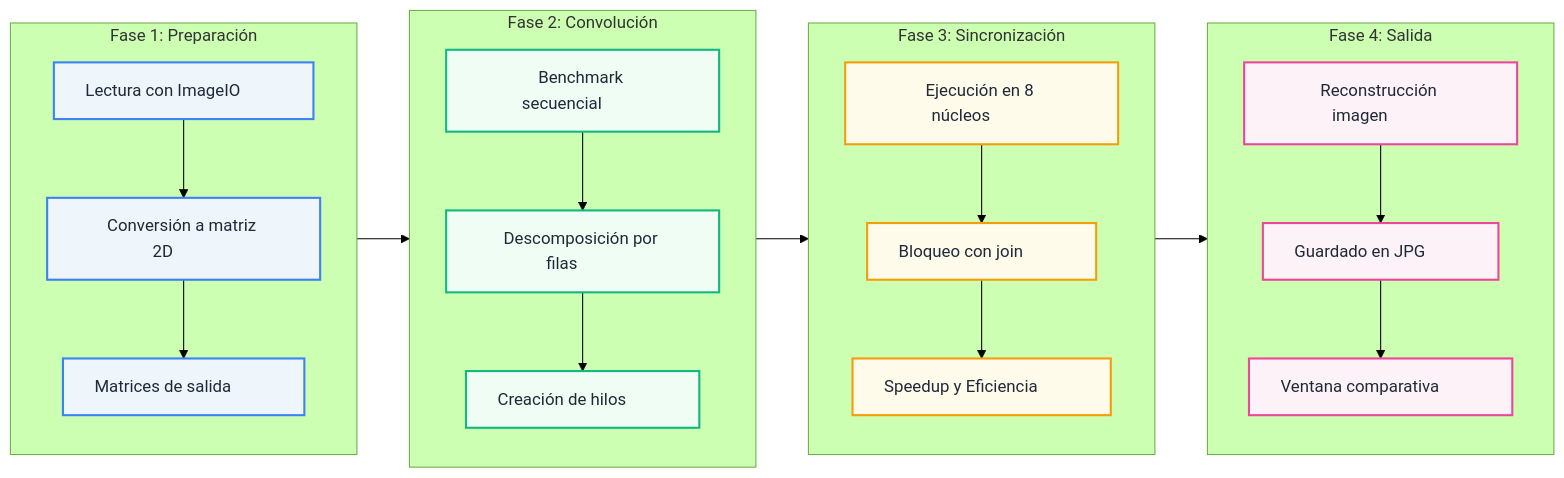
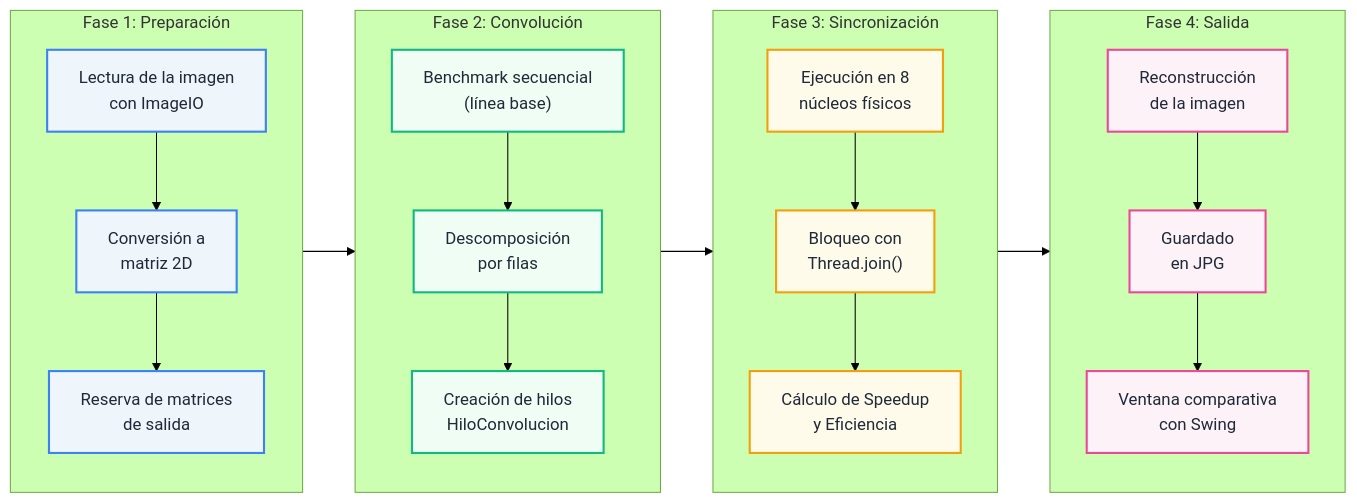
One commit to elsebasdev1/image_convolution_parallel_processing changed the diagram in README.md. Above: the diagram before and after it, drawn with Mermaid (forest theme).

````diff
--- a/README.md
+++ b/README.md
@@ -23,46 +23,58 @@
 ```mermaid
 graph LR
     subgraph F1["Fase 1: Preparación"]
         direction TB
-        A1["Lectura con ImageIO&nbsp;&nbsp;&nbsp;&nbsp;&nbsp;&nbsp;&nbsp;&nbsp;&nbsp;&nbsp;"]
-        A2["Conversión a matriz 2D&nbsp;&nbsp;&nbsp;&nbsp;&nbsp;&nbsp;&nbsp;&nbsp;&nbsp;&nbsp;"]
-        A3["Matrices de salida&nbsp;&nbsp;&nbsp;&nbsp;&nbsp;&nbsp;&nbsp;&nbsp;&nbsp;&nbsp;"]
+        A1["`Lectura de la imagen
+        con ImageIO`"]
+        A2["`Conversión a
+        matriz 2D`"]
+        A3["`Reserva de matrices
+        de salida`"]
         A1 --> A2 --> A3
     end
 
     subgraph F2["Fase 2: Convolución"]
         direction TB
-        B1["Benchmark secuencial&nbsp;&nbsp;&nbsp;&nbsp;&nbsp;&nbsp;&nbsp;&nbsp;&nbsp;&nbsp;"]
-        B2["Descomposición por filas&nbsp;&nbsp;&nbsp;&nbsp;&nbsp;&nbsp;&nbsp;&nbsp;&nbsp;&nbsp;"]
-        B3["Creación de hilos&nbsp;&nbsp;&nbsp;&nbsp;&nbsp;&nbsp;&nbsp;&nbsp;&nbsp;&nbsp;"]
+        B1["`Benchmark secuencial
+        (línea base)`"]
+        B2["`Descomposición
+        por filas`"]
+        B3["`Creación de hilos
+        HiloConvolucion`"]
         B1 --> B2 --> B3
     end
 
     subgraph F3["Fase 3: Sincronización"]
         direction TB
-        C1["Ejecución en 8 núcleos&nbsp;&nbsp;&nbsp;&nbsp;&nbsp;&nbsp;&nbsp;&nbsp;&nbsp;&nbsp;"]
-        C2["Bloqueo con join&nbsp;&nbsp;&nbsp;&nbsp;&nbsp;&nbsp;&nbsp;&nbsp;&nbsp;&nbsp;"]
-        C3["Speedup y Eficiencia&nbsp;&nbsp;&nbsp;&nbsp;&nbsp;&nbsp;&nbsp;&nbsp;&nbsp;&nbsp;"]
+        C1["`Ejecución en 8
+        núcleos físicos`"]
+        C2["`Bloqueo con
+        Thread.join()`"]
+        C3["`Cálculo de Speedup
+        y Eficiencia`"]
         C1 --> C2 --> C3
     end
 
     subgraph F4["Fase 4: Salida"]
         direction TB
-        D1["Reconstrucción imagen&nbsp;&nbsp;&nbsp;&nbsp;&nbsp;&nbsp;&nbsp;&nbsp;&nbsp;&nbsp;"]
-        D2["Guardado en JPG&nbsp;&nbsp;&nbsp;&nbsp;&nbsp;&nbsp;&nbsp;&nbsp;&nbsp;&nbsp;"]
-        D3["Ventana comparativa&nbsp;&nbsp;&nbsp;&nbsp;&nbsp;&nbsp;&nbsp;&nbsp;&nbsp;&nbsp;"]
+        D1["`Reconstrucción
+        de la imagen`"]
+        D2["`Guardado
+        en JPG`"]
+        D3["`Ventana comparativa
+        con Swing`"]
         D1 --> D2 --> D3
     end
 
     F1 --> F2 --> F3 --> F4
 
     classDef azul fill:#eef5fb,stroke:#3b82f6,stroke-width:2px,color:#1f2937
     classDef verde fill:#f0fdf4,stroke:#10b981,stroke-width:2px,color:#1f2937
     classDef amarillo fill:#fffbeb,stroke:#f59e0b,stroke-width:2px,color:#1f2937
     classDef rosa fill:#fdf2f8,stroke:#ec4899,stroke-width:2px,color:#1f2937
 
     class A1,A2,A3 azul
     class B1,B2,B3 verde
     class C1,C2,C3 amarillo
     class D1,D2,D3 rosa
 ```
````
